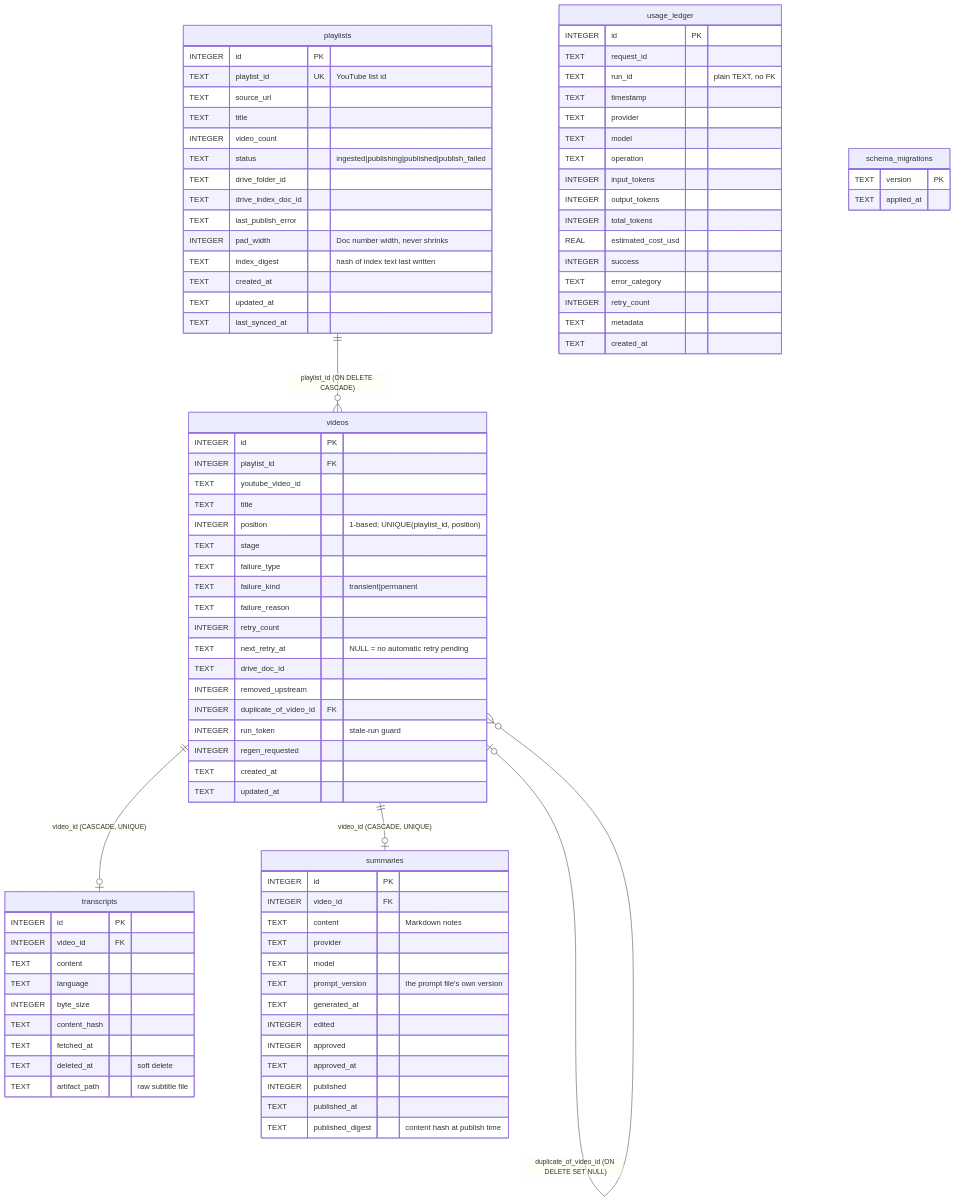
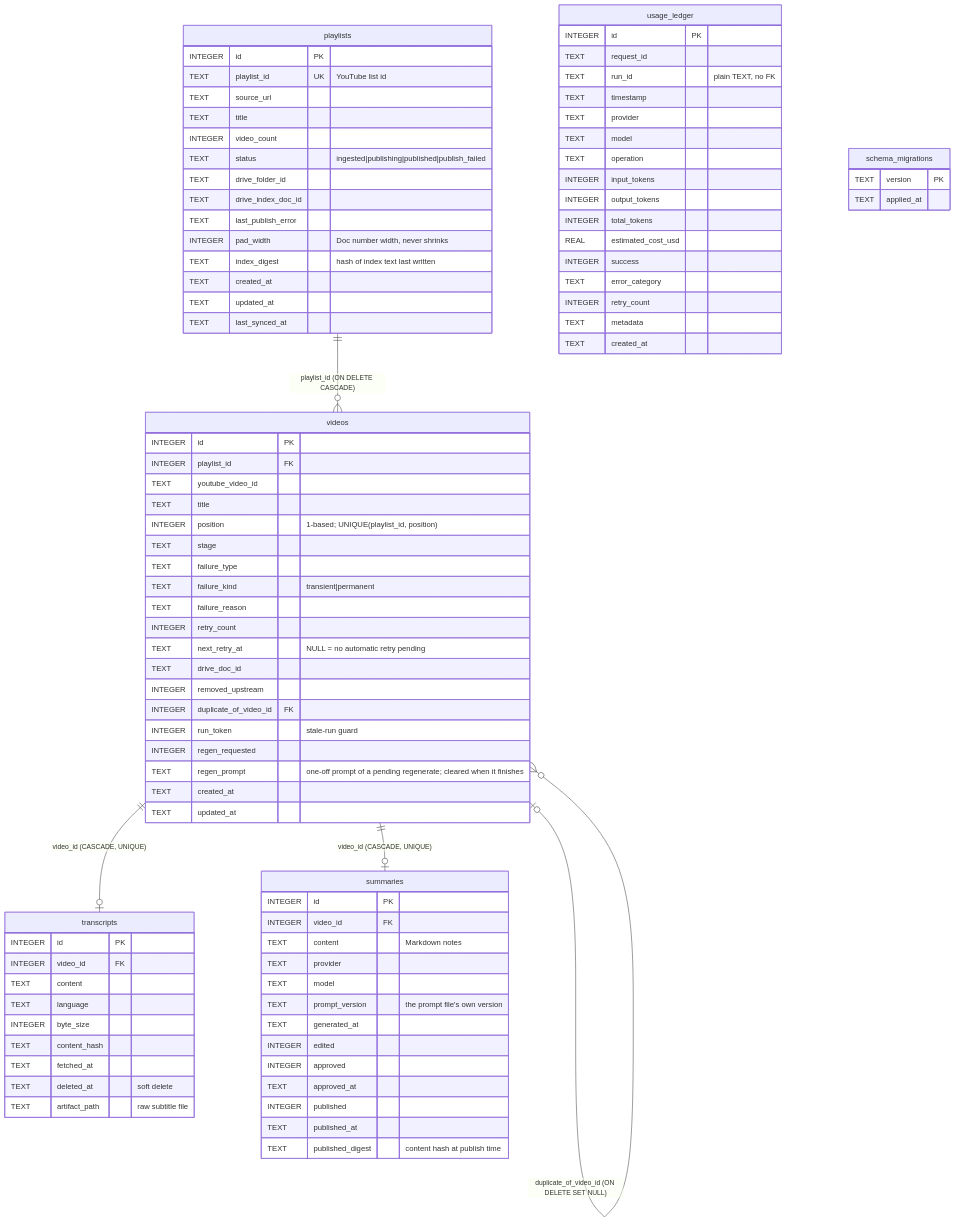
One commit to vikas794/atlas changed the second of 6 diagrams in docs/ARCHITECTURE.md. Above: the diagram before and after it, drawn with Mermaid. The commit also changed other lines of this file and 40 other files, not shown here.

```diff
--- a/docs/ARCHITECTURE.md
+++ b/docs/ARCHITECTURE.md
@@ -105,6 +105,7 @@
     INTEGER duplicate_of_video_id FK
     INTEGER run_token "stale-run guard"
     INTEGER regen_requested
+    TEXT regen_prompt "one-off prompt of a pending regenerate; cleared when it finishes"
     TEXT created_at
     TEXT updated_at
   }
```
